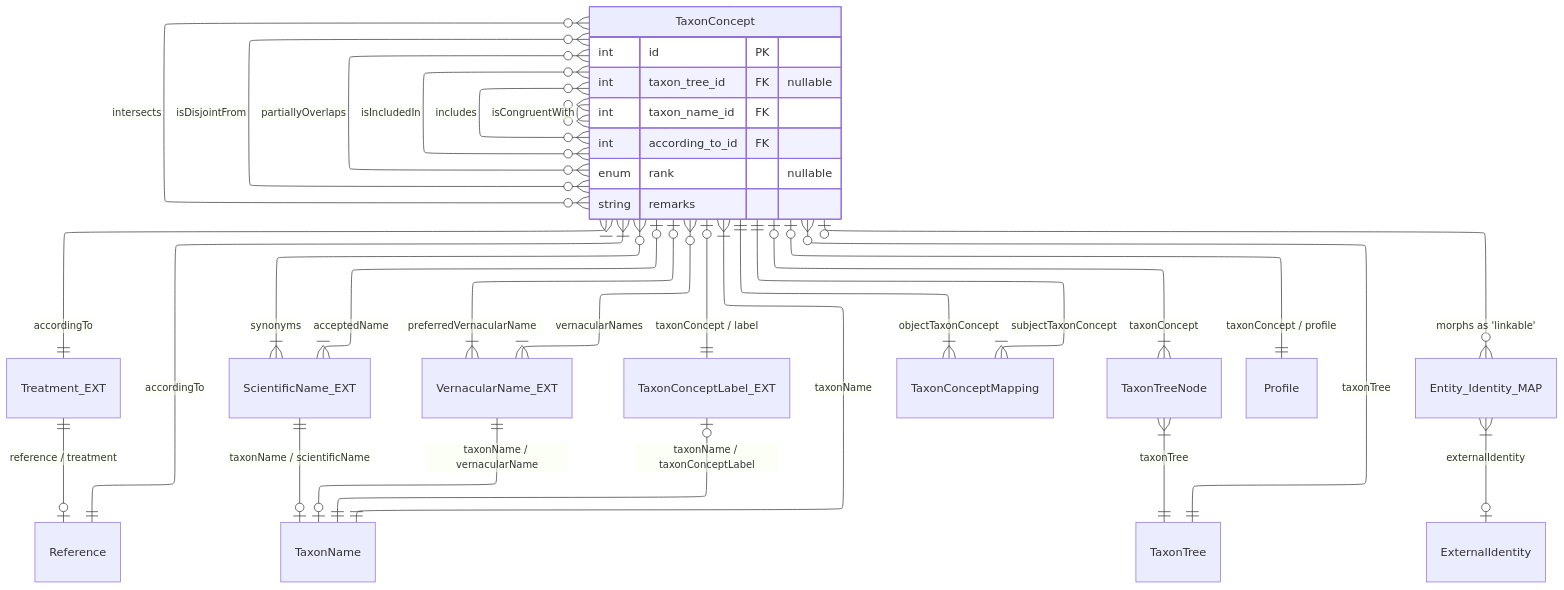
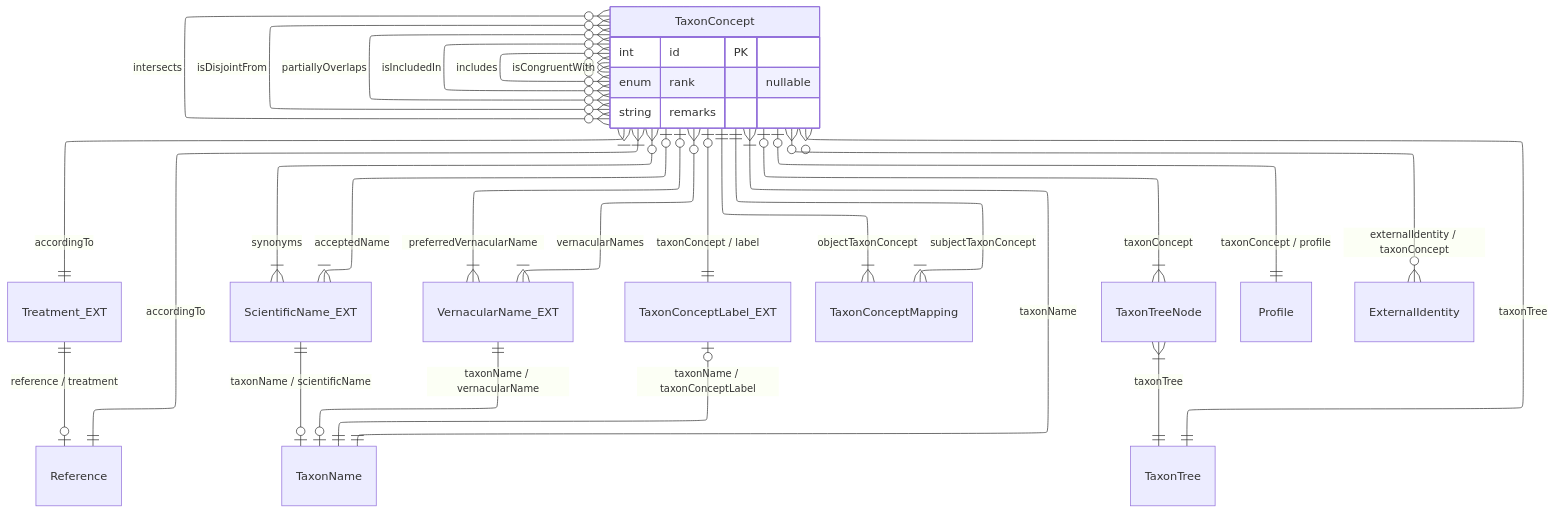
The diagram in source/_mermaid/layer-1a-concept.mmd (vicflora/vicflora-docs), drawn with Mermaid before and after one commit. The commit also changed 1 other file, not shown here.

```diff
--- a/source/_mermaid/layer-1a-concept.mmd
+++ b/source/_mermaid/layer-1a-concept.mmd
@@ -1,46 +1,47 @@
 ---
 config:
     layout: elk
 ---
 erDiagram
   TaxonConcept }|--|| Reference : "accordingTo"
   TaxonConcept }|--|| Treatment_EXT : "accordingTo"
   Treatment_EXT ||--o| Reference : "reference / treatment"
 
   TaxonConcept }|--|| TaxonName : "taxonName"
   TaxonConcept |o--|{ ScientificName_EXT : "acceptedName"
   TaxonConcept }o--|{ ScientificName_EXT : "synonyms"
   ScientificName_EXT ||--o| TaxonName : "taxonName / scientificName"
   TaxonConcept }o--|{ VernacularName_EXT : "vernacularNames"
   TaxonConcept |o--|{ VernacularName_EXT : "preferredVernacularName"
   VernacularName_EXT ||--o| TaxonName : "taxonName / vernacularName"
   TaxonConcept |o--|| TaxonConceptLabel_EXT : "taxonConcept / label"
   TaxonConceptLabel_EXT |o--|| TaxonName : "taxonName / taxonConceptLabel" 
 
   TaxonConcept }o--o{ TaxonConcept: "isCongruentWith"
   TaxonConcept }o--o{ TaxonConcept: "includes"
   TaxonConcept }o--o{ TaxonConcept: "isIncludedIn"
   TaxonConcept }o--o{ TaxonConcept: "partiallyOverlaps"
   TaxonConcept }o--o{ TaxonConcept: "isDisjointFrom"
   TaxonConcept }o--o{ TaxonConcept: "intersects"
 
   TaxonConcept ||--|{ TaxonConceptMapping : "subjectTaxonConcept"
   TaxonConcept ||--|{ TaxonConceptMapping : "objectTaxonConcept"
 
   TaxonConcept }o--|| TaxonTree : "taxonTree"
   TaxonConcept |o--|{ TaxonTreeNode : "taxonConcept"
   TaxonTreeNode }|--|| TaxonTree : "taxonTree"
 
   TaxonConcept |o--|| Profile : "taxonConcept / profile"
 
-  TaxonConcept |o--o{ Entity_Identity_MAP : "morphs as 'linkable'"
-  Entity_Identity_MAP }|--o| ExternalIdentity : "externalIdentity"
+  %% TaxonConcept |o--o{ Entity_Identity_MAP : "morphs as 'linkable'"
+  %% Entity_Identity_MAP }|--o| ExternalIdentity : "externalIdentity"
+  TaxonConcept }o--o{ ExternalIdentity : "externalIdentity / taxonConcept"
 
   TaxonConcept {
     int id PK
-    int taxon_tree_id FK "nullable"
-    int taxon_name_id FK 
-    int according_to_id FK 
+    %% int taxon_tree_id FK "nullable"
+    %% int taxon_name_id FK 
+    %% int according_to_id FK 
     enum rank "nullable"
     string remarks
   }
```
